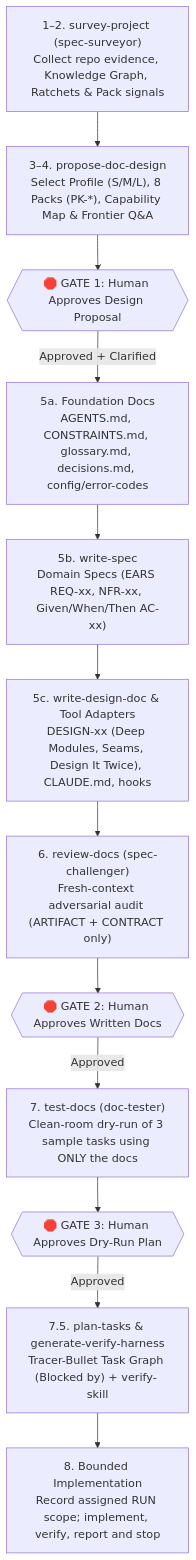
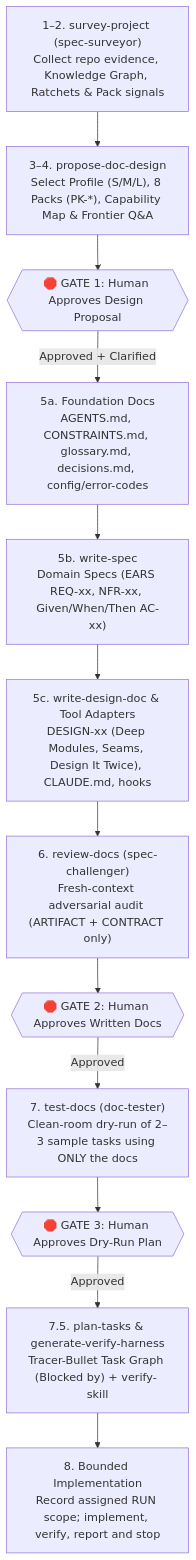
Before and after one commit to huongmh14/writing-spec-for-ai: the diagram in README.md, drawn with Mermaid. The commit also changed other lines of this file and 50 other files, not shown here.

````diff
--- a/README.md
+++ b/README.md
@@ -185,14 +185,14 @@
 ```mermaid
 flowchart TD
     S1["1–2. survey-project (spec-surveyor)<br/>Collect repo evidence, Knowledge Graph, Ratchets & Pack signals"] --> S3["3–4. propose-doc-design<br/>Select Profile (S/M/L), 8 Packs (PK-*), Capability Map & Frontier Q&A"]
     S3 --> G1{{"🛑 GATE 1: Human Approves Design Proposal"}}
     G1 -->|Approved + Clarified| S5A["5a. Foundation Docs<br/>AGENTS.md, CONSTRAINTS.md, glossary.md, decisions.md, config/error-codes"]
     S5A --> S5B["5b. write-spec<br/>Domain Specs (EARS REQ-xx, NFR-xx, Given/When/Then AC-xx)"]
     S5B --> S5C["5c. write-design-doc & Tool Adapters<br/>DESIGN-xx (Deep Modules, Seams, Design It Twice), CLAUDE.md, hooks"]
     S5C --> S6["6. review-docs (spec-challenger)<br/>Fresh-context adversarial audit (ARTIFACT + CONTRACT only)"]
     S6 --> G2{{"🛑 GATE 2: Human Approves Written Docs"}}
-    G2 -->|Approved| S7["7. test-docs (doc-tester)<br/>Clean-room dry-run of 3 sample tasks using ONLY the docs"]
+    G2 -->|Approved| S7["7. test-docs (doc-tester)<br/>Clean-room dry-run of 2–3 sample tasks using ONLY the docs"]
     S7 --> G3{{"🛑 GATE 3: Human Approves Dry-Run Plan"}}
     G3 -->|Approved| S75["7.5. plan-tasks & generate-verify-harness<br/>Tracer-Bullet Task Graph (Blocked by) + verify-<app> skill"]
     S75 --> S8["8. Bounded Implementation<br/>Record assigned RUN scope; implement, verify, report and stop"]
 ```
````
